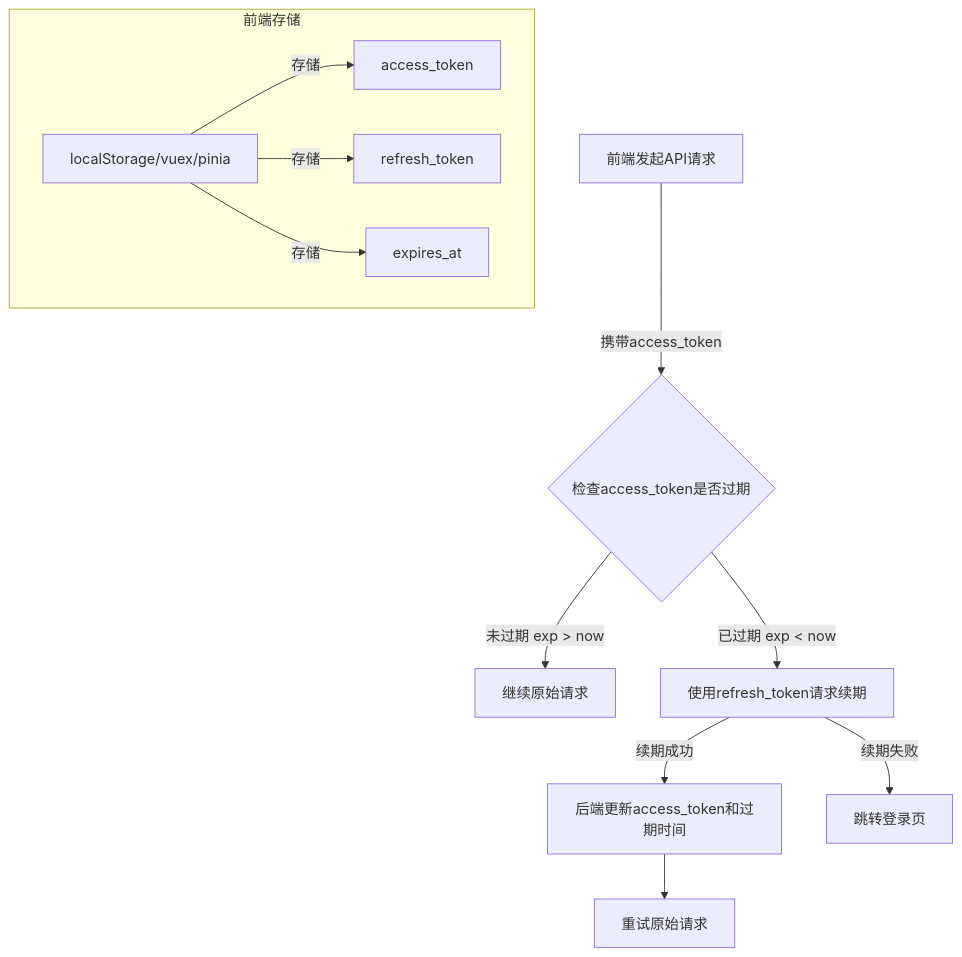
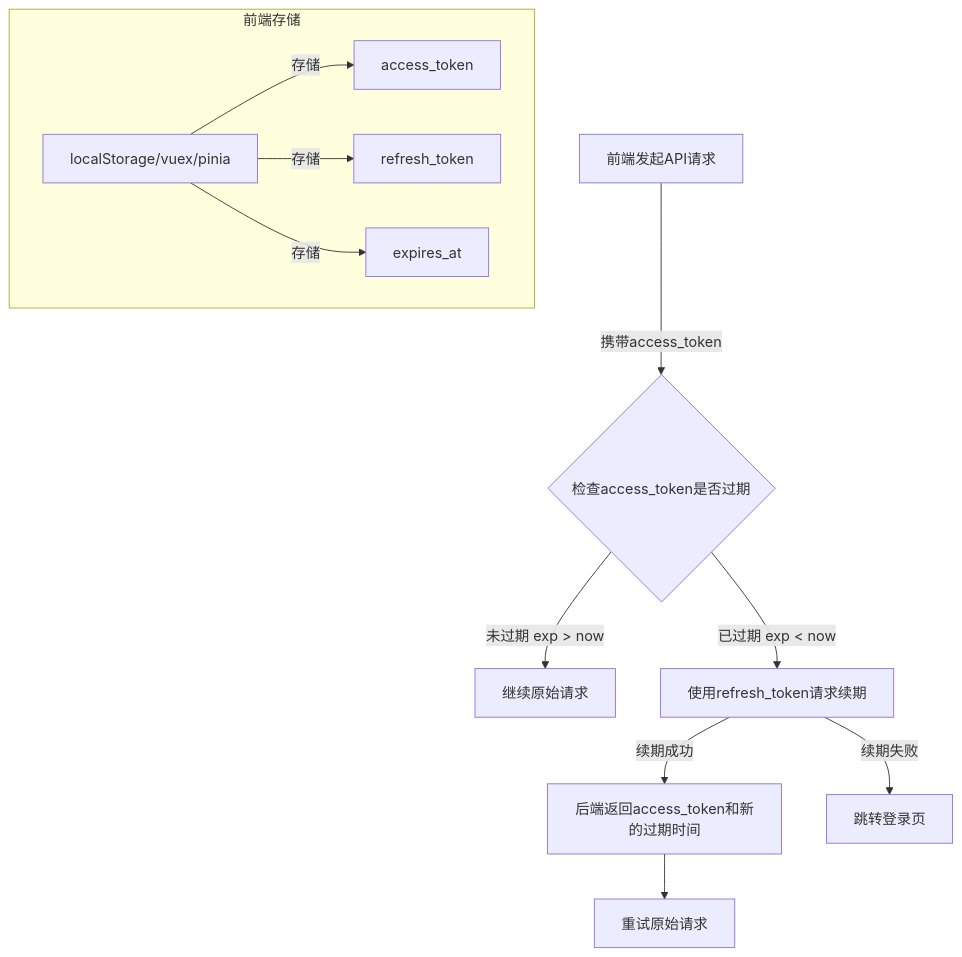
The diagram in all/未命名-16.md (yingjianzh/iodraw-files), drawn with Mermaid before and after one commit.

Commit message:
2025-01-08 14:26:55 update

````diff
--- a/all/未命名-16.md
+++ b/all/未命名-16.md
@@ -1,16 +1,16 @@
 ```mermaid
 flowchart TD
     A[前端发起API请求] -->|携带access_token| B{检查access_token是否过期}
     B -->|未过期 exp > now| C[继续原始请求]
     B -->|已过期 exp < now| D[使用refresh_token请求续期]
-    D -->|续期成功| E[后端更新access_token和过期时间]
+    D -->|续期成功| E[后端返回access_token和新的过期时间]
     D -->|续期失败| F[跳转登录页]
     E --> G[重试原始请求]
     
     subgraph 前端存储
         H[localStorage/vuex/pinia]
         H -->|存储| I[access_token]
         H -->|存储| J[refresh_token]
         H -->|存储| K[expires_at]
     end
 ```
````
